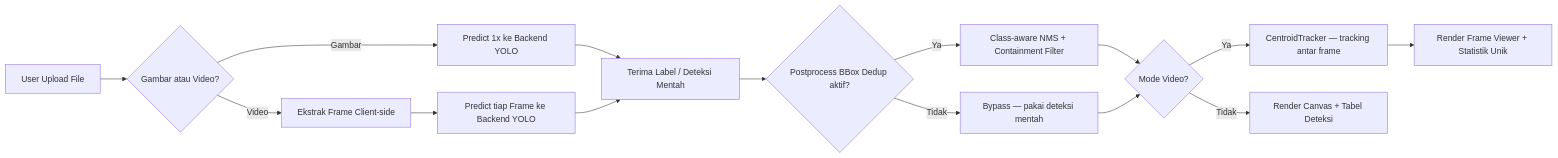
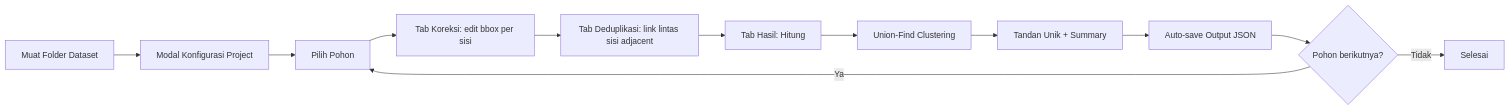
One commit to muhammad-zainal-muttaqin/tools_sawit changed the diagram in docs/architecture.md. Above: the diagram before and after it, drawn with Mermaid. The commit also changed other lines of this file and 12 other files, not shown here.

First line of the commit message:
feat: offline label-correction + cross-side dedup workflow

````diff
--- a/docs/architecture.md
+++ b/docs/architecture.md
@@ -192,17 +215,14 @@
 ```mermaid
 flowchart LR
-  A[User Upload File] --> B{Gambar atau Video?}
-  B -->|Gambar| C[Predict 1x ke Backend YOLO]
-  B -->|Video| D[Ekstrak Frame Client-side]
-  D --> E[Predict tiap Frame ke Backend YOLO]
-  C --> F[Terima Label / Deteksi Mentah]
-  E --> F
-  F --> G{Postprocess BBox Dedup aktif?}
-  G -->|Ya| H[Class-aware NMS + Containment Filter]
-  G -->|Tidak| I[Bypass — pakai deteksi mentah]
-  H --> J{Mode Video?}
-  I --> J
-  J -->|Ya| K[CentroidTracker — tracking antar frame]
-  J -->|Tidak| L[Render Canvas + Tabel Deteksi]
-  K --> M[Render Frame Viewer + Statistik Unik]
+  A[Muat Folder Dataset] --> B[Modal Konfigurasi Project]
+  B --> C[Pilih Pohon]
+  C --> D[Tab Koreksi: edit bbox per sisi]
+  D --> E[Tab Deduplikasi: link lintas sisi adjacent]
+  E --> F[Tab Hasil: Hitung]
+  F --> G[Union-Find Clustering]
+  G --> H[Tandan Unik + Summary]
+  H --> I[Auto-save Output JSON]
+  I --> J{Pohon berikutnya?}
+  J -->|Ya| C
+  J -->|Tidak| K[Selesai]
 ```
````
